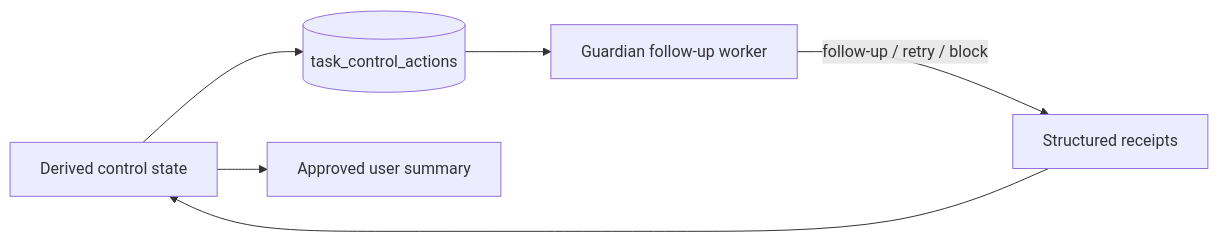
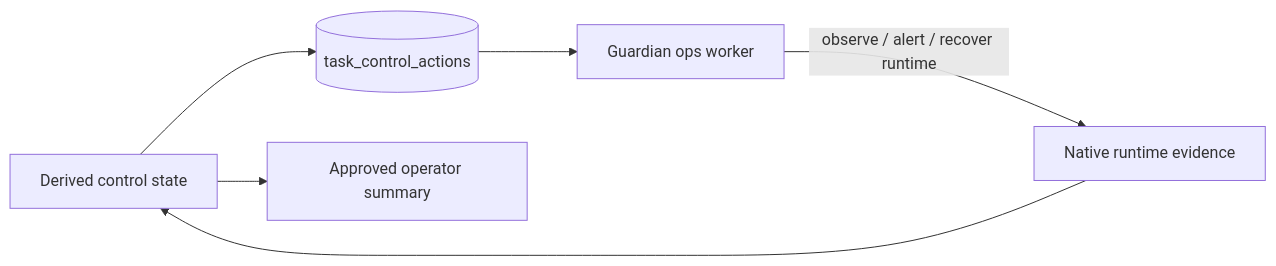
The fifth of 5 diagrams in docs/architecture.md (DreamOfXM/openclaw-health-monitor), drawn with Mermaid before and after one commit. The commit also changed other lines of this file and 34 other files, not shown here.

````diff
--- a/docs/architecture.md
+++ b/docs/architecture.md
@@ -118,14 +119,14 @@
 ```mermaid
 flowchart LR
     S[Derived control state]
     A[(task_control_actions)]
-    F[Guardian follow-up worker]
-    R[Structured receipts]
-    U[Approved user summary]
+    F[Guardian ops worker]
+    R[Native runtime evidence]
+    U[Approved operator summary]
 
     S --> A
     A --> F
-    F -->|follow-up / retry / block| R
+    F -->|observe / alert / recover runtime| R
     R --> S
     S --> U
 ```
````
